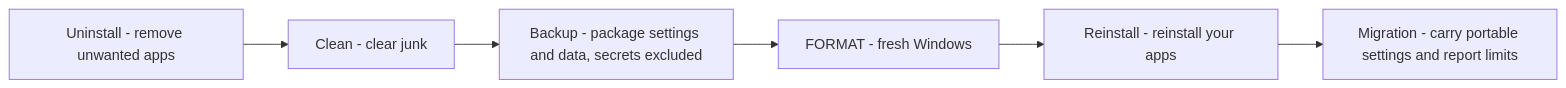
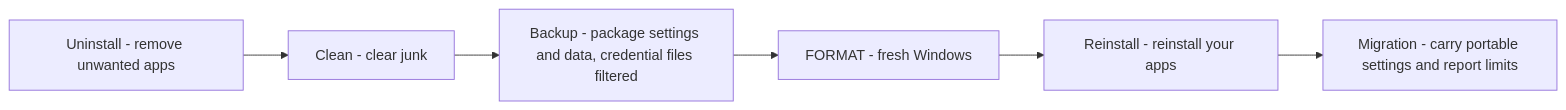
One commit to ydbilgin/windows-care-kit changed the diagram in README.md. Above: the diagram before and after it, drawn with Mermaid. The commit also changed other lines of this file and 25 other files, not shown here.

````diff
--- a/README.md
+++ b/README.md
@@ -43,8 +43,8 @@
 ```mermaid
 flowchart LR
   U[Uninstall - remove unwanted apps] --> C[Clean - clear junk]
-  C --> B[Backup - package settings and data, secrets excluded]
+  C --> B[Backup - package settings and data, credential files filtered]
   B --> F[FORMAT - fresh Windows]
   F --> R[Reinstall - reinstall your apps]
   R --> M[Migration - carry portable settings and report limits]
 ```
````
